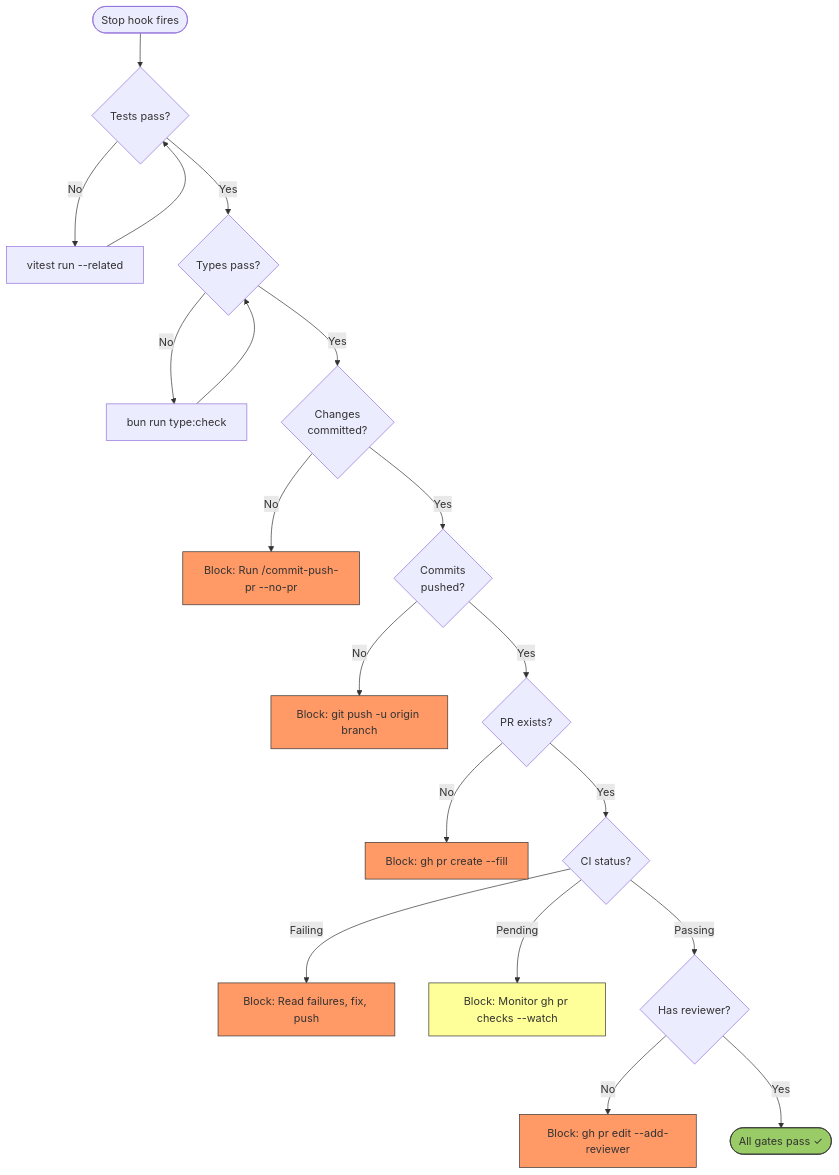
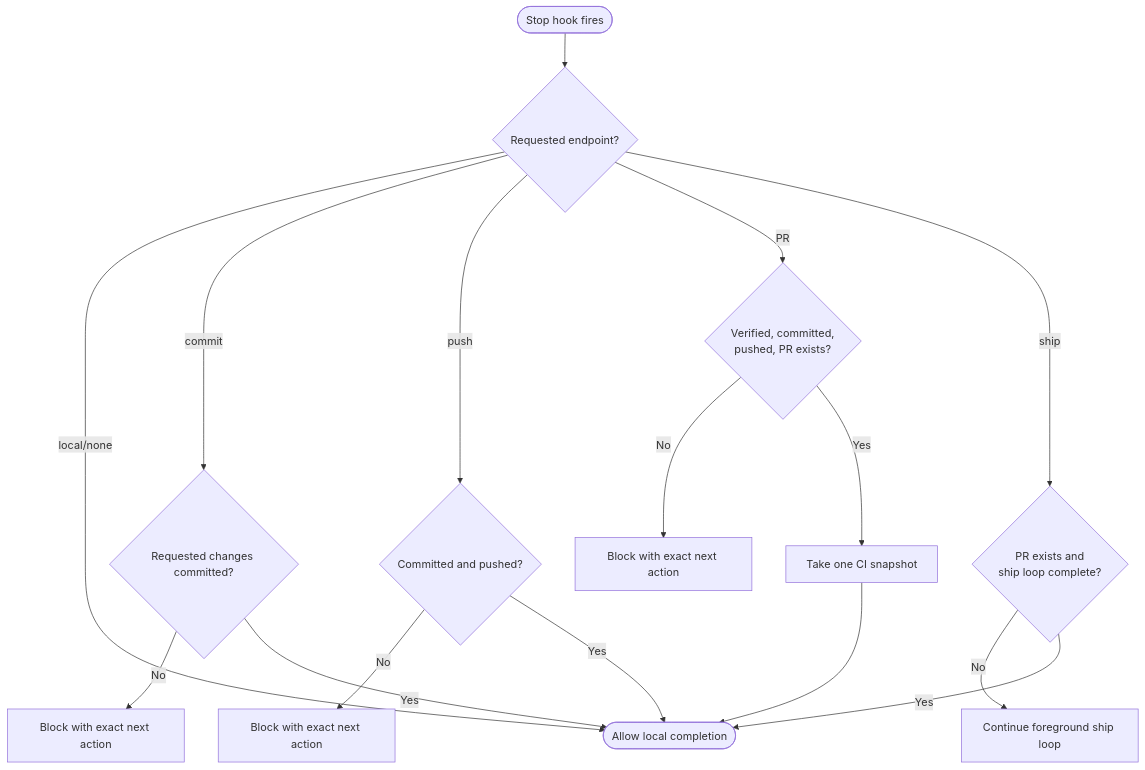
The second of 2 diagrams in development-lifecycle/REFERENCE.md (malinskibeniamin/skills), drawn with Mermaid before and after one commit. The commit also changed other lines of this file and 65 other files, not shown here.

Commit message:
fix(harness): enforce endpoint-aware task completion

````diff
--- a/development-lifecycle/REFERENCE.md
+++ b/development-lifecycle/REFERENCE.md
@@ -407,35 +410,18 @@
 ```mermaid
 flowchart TD
-    Stop([Stop hook fires]) --> Tests{Tests pass?}
-    Tests -->|No| RunTests["vitest run --related"]
-    RunTests --> Tests
-    Tests -->|Yes| Types{Types pass?}
-
-    Types -->|No| RunTypes["bun run type:check"]
-    RunTypes --> Types
-    Types -->|Yes| Committed{Changes<br/>committed?}
-
-    Committed -->|No| Commit["Block: Run /commit-push-pr --no-pr"]
-    Committed -->|Yes| Pushed{Commits<br/>pushed?}
-
-    Pushed -->|No| Push["Block: git push -u origin branch"]
-    Pushed -->|Yes| PR{PR exists?}
-
-    PR -->|No| CreatePR["Block: gh pr create --fill"]
-    PR -->|Yes| CI{CI status?}
-
-    CI -->|Failing| FixCI["Block: Read failures, fix, push"]
-    CI -->|Pending| Monitor["Block: Monitor gh pr checks --watch"]
-    CI -->|Passing| Reviewer{Has reviewer?}
-
-    Reviewer -->|No| RequestReview["Block: gh pr edit --add-reviewer"]
-    Reviewer -->|Yes| Done([All gates pass ✓])
-
-    style Commit fill:#f96,stroke:#333
-    style Push fill:#f96,stroke:#333
-    style CreatePR fill:#f96,stroke:#333
-    style FixCI fill:#f96,stroke:#333
-    style Monitor fill:#ff9,stroke:#333
-    style RequestReview fill:#f96,stroke:#333
-    style Done fill:#9c6,stroke:#333
+    Stop([Stop hook fires]) --> Endpoint{Requested endpoint?}
+    Endpoint -->|local/none| Done([Allow local completion])
+    Endpoint -->|commit| Commit{Requested changes committed?}
+    Endpoint -->|push| Push{Committed and pushed?}
+    Endpoint -->|PR| PR{Verified, committed,<br/>pushed, PR exists?}
+    Endpoint -->|ship| Ship{PR exists and<br/>ship loop complete?}
+    Commit -->|No| BlockCommit[Block with exact next action]
+    Push -->|No| BlockPush[Block with exact next action]
+    PR -->|No| BlockPR[Block with exact next action]
+    PR -->|Yes| Snapshot[Take one CI snapshot]
+    Ship -->|No| ContinueShip[Continue foreground ship loop]
+    Commit -->|Yes| Done
+    Push -->|Yes| Done
+    Snapshot --> Done
+    Ship -->|Yes| Done
 ```
````
